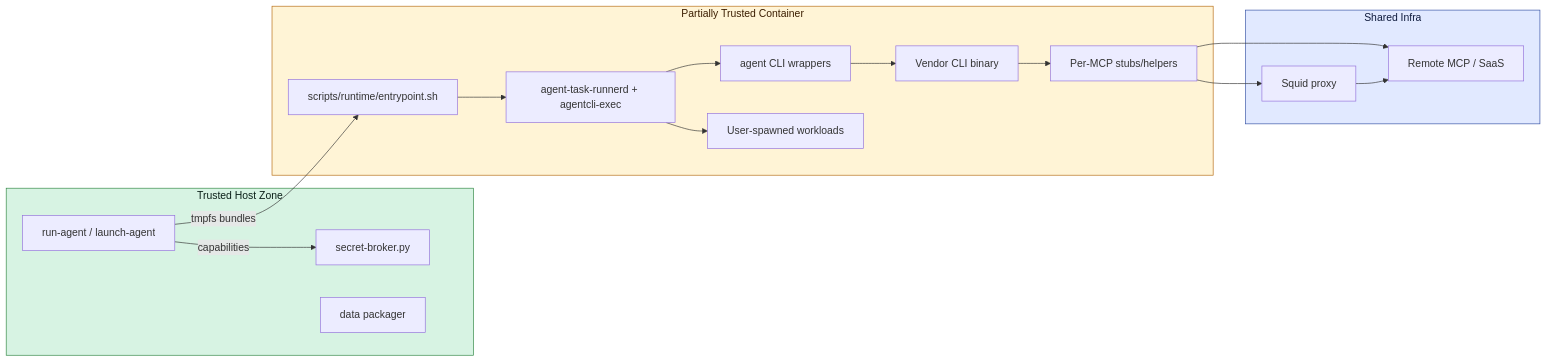
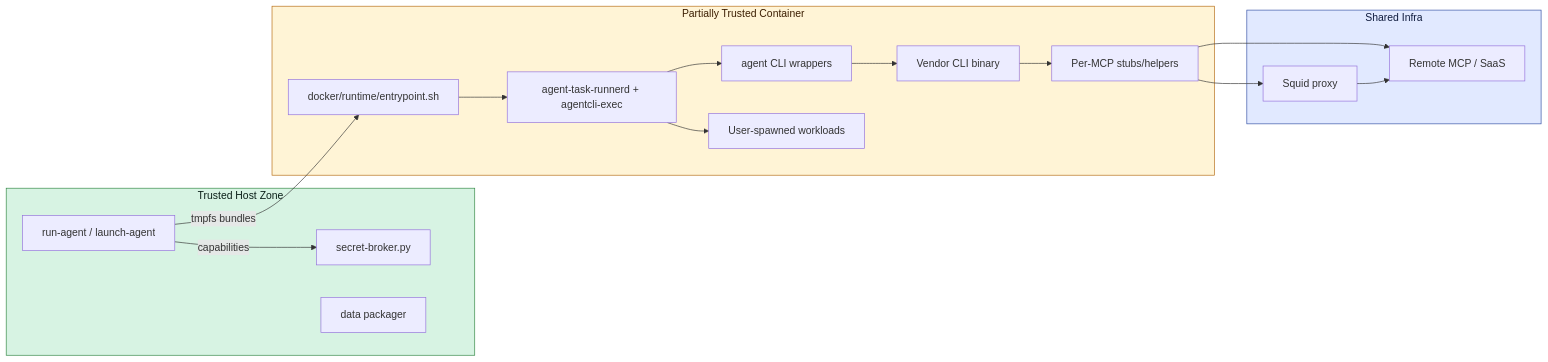
Before and after one commit to novotnyllc/ContainAI: the first of 5 diagrams in docs/secret-credential-security-review.md, drawn with Mermaid. The commit also changed other lines of this file and 85 other files, not shown here.

````diff
--- a/docs/secret-credential-security-review.md
+++ b/docs/secret-credential-security-review.md
@@ -38,37 +38,37 @@
 ```mermaid
 flowchart LR
     subgraph HostTrusted[Trusted Host Zone]
         LA[run-agent / launch-agent]
         BR[secret-broker.py]
         PKG[data packager]
     end
 
     subgraph ContainerSemi[Partially Trusted Container]
-        EP[scripts/runtime/entrypoint.sh]
+        EP[docker/runtime/entrypoint.sh]
         ATR[agent-task-runnerd + agentcli-exec]
         WR[agent CLI wrappers]
         VC[Vendor CLI binary]
         ST[Per-MCP stubs/helpers]
         UD[User-spawned workloads]
     end
 
     subgraph Shared[Shared Infra]
         SQ[Squid proxy]
         REM[Remote MCP / SaaS]
     end
 
     LA -- capabilities --> BR
     LA -- tmpfs bundles --> EP
     EP --> ATR
     ATR --> WR --> VC
     VC --> ST --> REM
     ATR --> UD
     ST --> SQ --> REM
 
     classDef trusted fill:#d7f3e3,stroke:#2e8540,stroke-width:1px,color:#0a1f18;
     classDef partial fill:#fff4d6,stroke:#b4690e,stroke-width:1px,color:#3b1d00;
     classDef shared fill:#e1e9ff,stroke:#304ea3,stroke-width:1px,color:#0f1b3d;
     class HostTrusted trusted;
     class ContainerSemi partial;
     class Shared shared;
 ```
````
